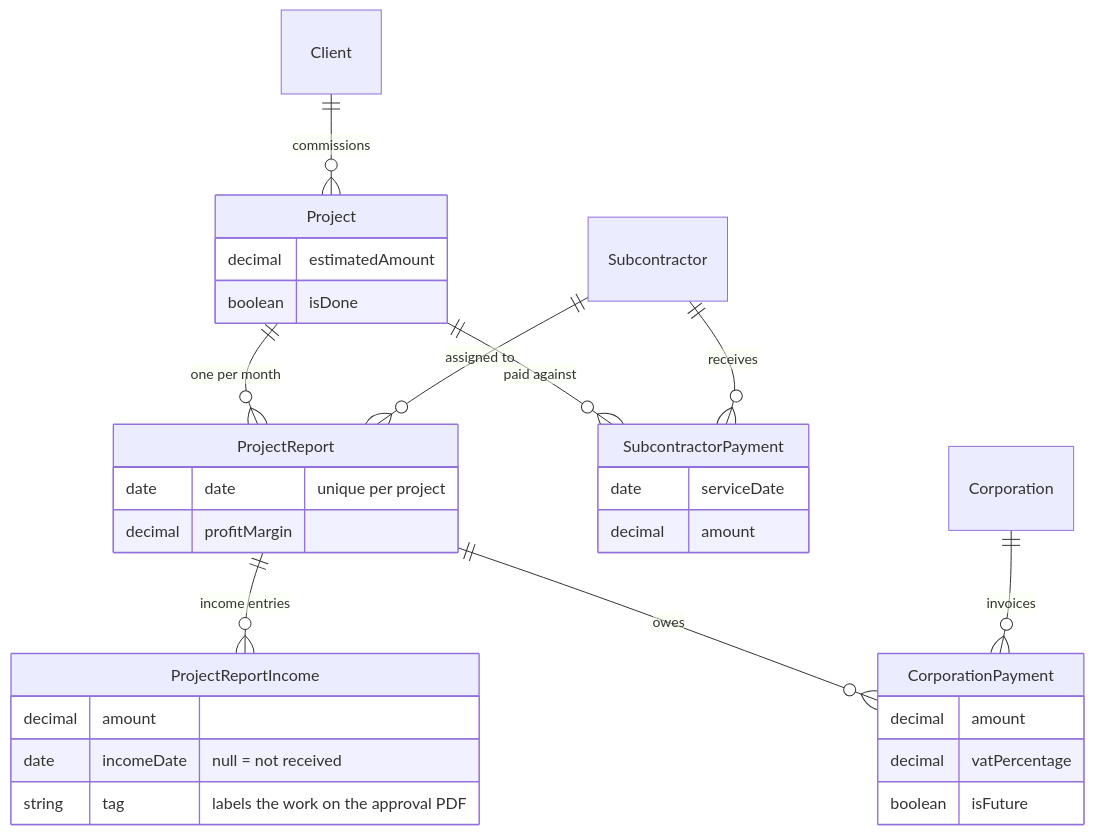
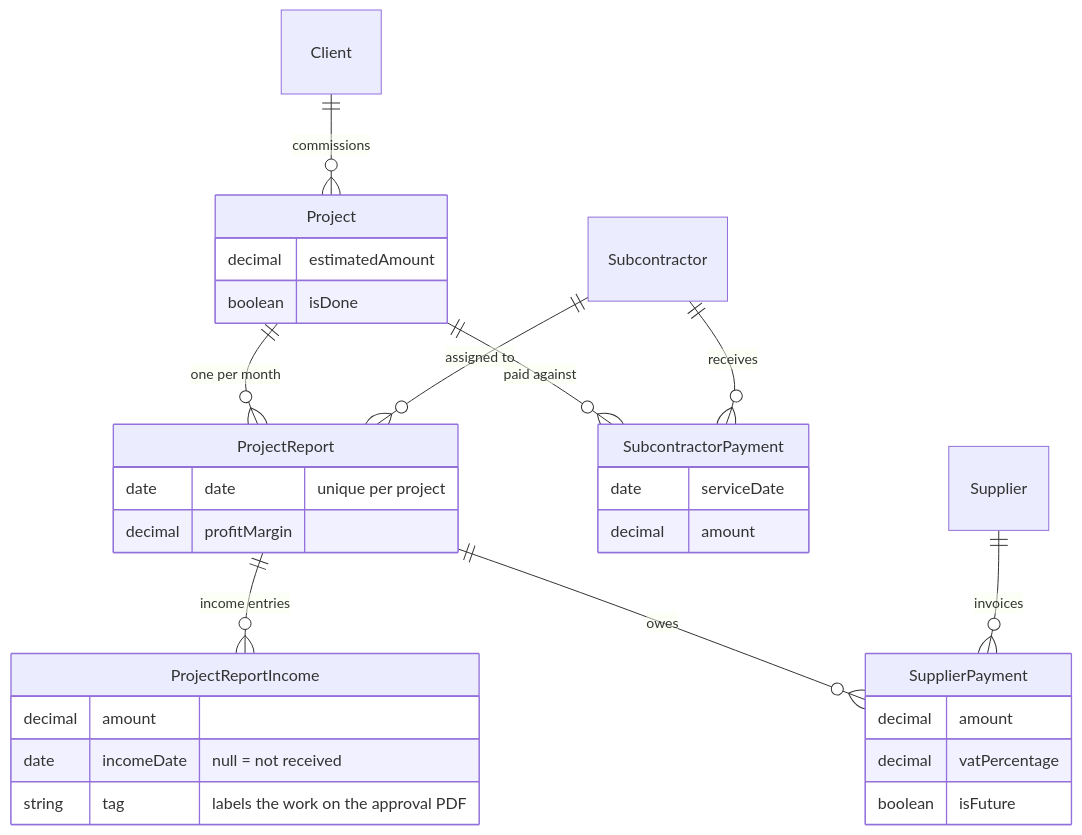
One commit to alonshuld/BeetBite changed the first of 2 diagrams in README.md. Above: the diagram before and after it, drawn with Mermaid. The commit also changed other lines of this file and 122 other files, not shown here.

````diff
--- a/README.md
+++ b/README.md
@@ -114,34 +114,34 @@
 ```mermaid
 erDiagram
     Client ||--o{ Project : commissions
     Project ||--o{ ProjectReport : "one per month"
     Project ||--o{ SubcontractorPayment : "paid against"
     Subcontractor ||--o{ ProjectReport : "assigned to"
     Subcontractor ||--o{ SubcontractorPayment : receives
     ProjectReport ||--o{ ProjectReportIncome : "income entries"
-    ProjectReport ||--o{ CorporationPayment : "owes"
-    Corporation ||--o{ CorporationPayment : "invoices"
+    ProjectReport ||--o{ SupplierPayment : "owes"
+    Supplier ||--o{ SupplierPayment : "invoices"
 
     Project {
         decimal estimatedAmount
         boolean isDone
     }
     ProjectReport {
         date date "unique per project"
         decimal profitMargin
     }
     ProjectReportIncome {
         decimal amount
         date incomeDate "null = not received"
         string tag "labels the work on the approval PDF"
     }
-    CorporationPayment {
+    SupplierPayment {
         decimal amount
         decimal vatPercentage
         boolean isFuture
     }
     SubcontractorPayment {
         date serviceDate
         decimal amount
     }
 ```
````
